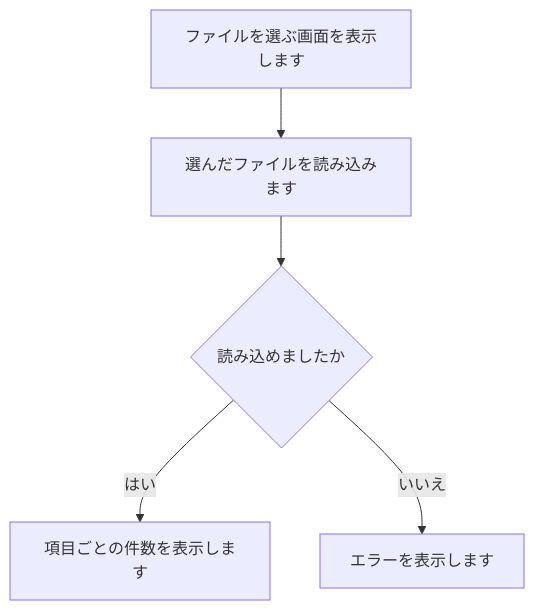
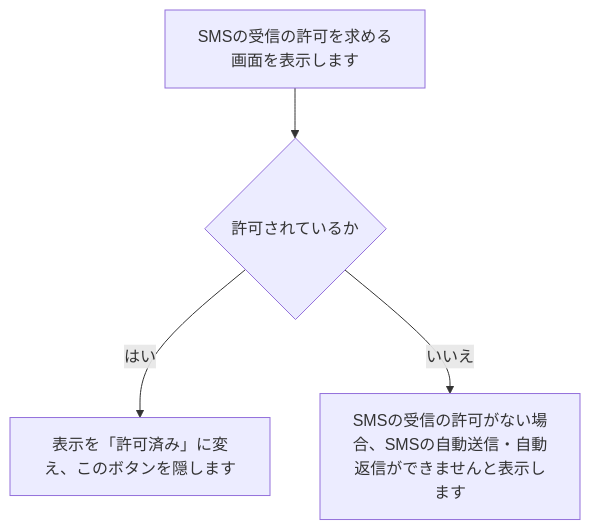
Before and after one commit to nishida2073/project_management: diagram 15 of 33 in tool/smstokintone/doc/02_設計/処理フロー.md, drawn with Mermaid. The commit also changed other lines of this file and 5 other files, not shown here.

````diff
--- a/tool/smstokintone/doc/02_設計/処理フロー.md
+++ b/tool/smstokintone/doc/02_設計/処理フロー.md
@@ -192,7 +266,6 @@
 ```mermaid
 flowchart TD
-  A[ファイルを選ぶ画面を表示します] --> B[選んだファイルを読み込みます]
-  B --> C{読み込めましたか}
-  C -- はい --> D[項目ごとの件数を表示します]
-  C -- いいえ --> E[エラーを表示します]
+  A["SMSの受信の許可を求める画面を表示します"] --> B{"許可されているか"}
+  B -- はい --> C["表示を「許可済み」に変え、このボタンを隠します"]
+  B -- いいえ --> D["SMSの受信の許可がない場合、SMSの自動送信・自動返信ができませんと表示します"]
 ```
````
